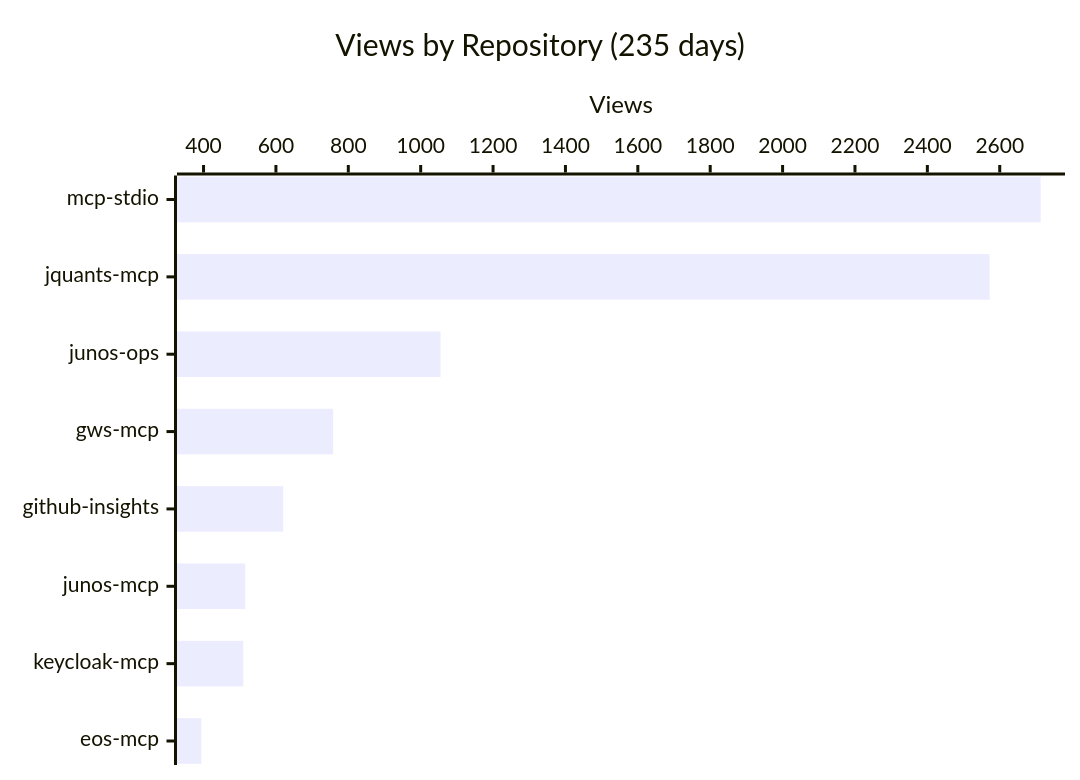
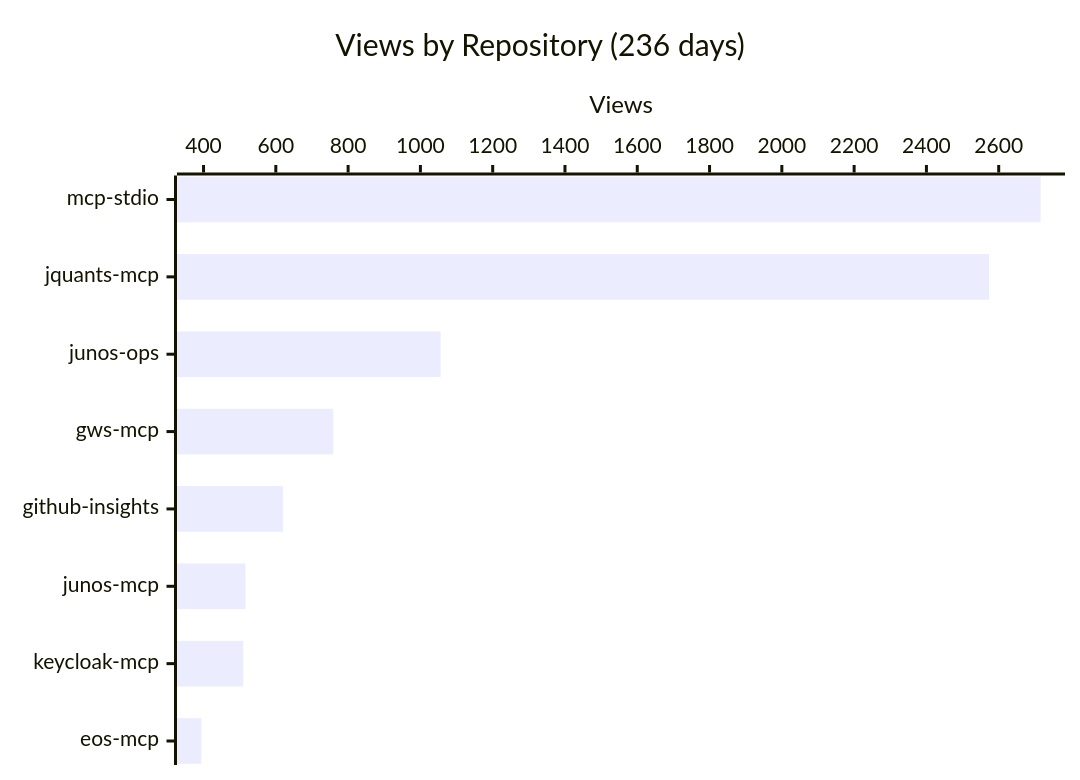
Before and after one commit to shigechika/github-insights: the first of 4 diagrams in README.md, drawn with Mermaid. The commit also changed other lines of this file and 1 other file, not shown here.

````diff
--- a/README.md
+++ b/README.md
@@ -18,7 +18,7 @@
 ```mermaid
 xychart-beta horizontal
-    title "Views by Repository (235 days)"
+    title "Views by Repository (236 days)"
     x-axis ["mcp-stdio", "jquants-mcp", "junos-ops", "gws-mcp", "github-insights", "junos-mcp", "keycloak-mcp", "eos-mcp"]
     y-axis "Views"
-    bar [2713, 2572, 1055, 758, 620, 515, 510, 394]
+    bar [2716, 2573, 1056, 759, 620, 516, 510, 394]
 ```
````
